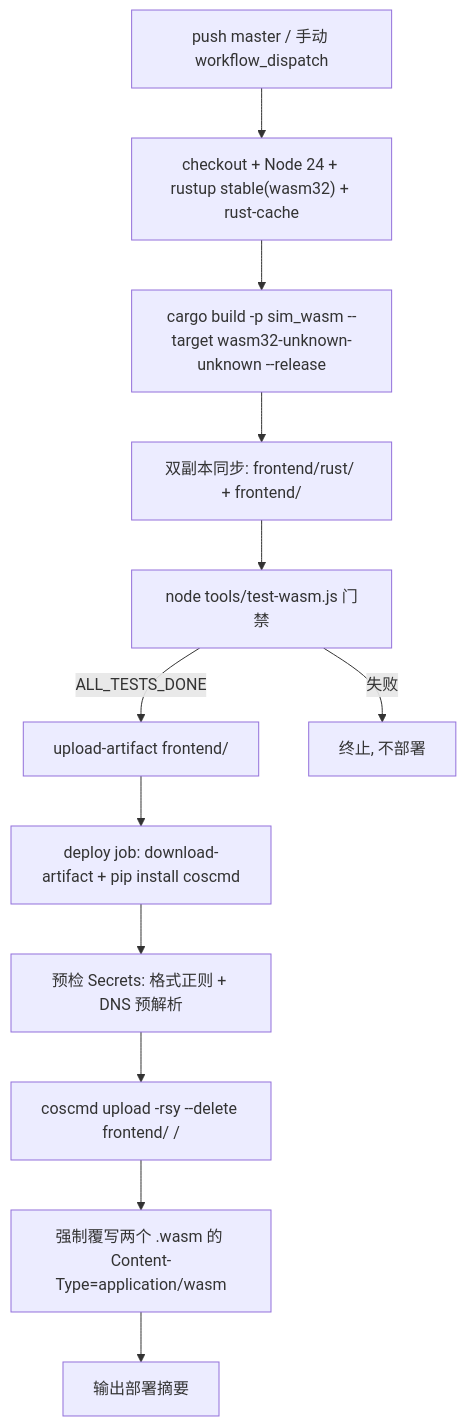
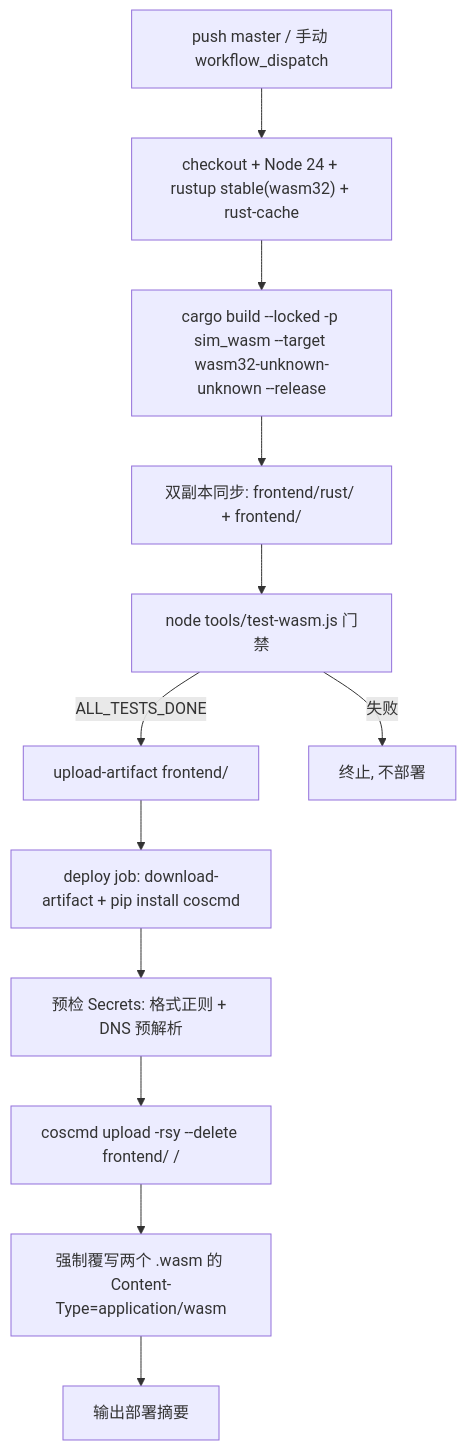
The diagram in docs/04-cicd-guide.md (g39088902/FlowAndAccord), drawn with Mermaid before and after one commit. The commit also changed other lines of this file and 92 other files, not shown here.

First line of the commit message:
feat(decisions): 马斯洛引擎收敛为 16 条活动分支并按意图/策略/原语解耦 (v1.46.12)

````diff
--- a/docs/04-cicd-guide.md
+++ b/docs/04-cicd-guide.md
@@ -11,14 +11,14 @@
 ```mermaid
 graph TD
     A["push master / 手动 workflow_dispatch"] --> B["checkout + Node 24 + rustup stable(wasm32) + rust-cache"]
-    B --> C["cargo build -p sim_wasm --target wasm32-unknown-unknown --release"]
+    B --> C["cargo build --locked -p sim_wasm --target wasm32-unknown-unknown --release"]
     C --> D["双副本同步: frontend/rust/ + frontend/"]
     D --> E["node tools/test-wasm.js 门禁"]
     E -->|ALL_TESTS_DONE| F["upload-artifact frontend/"]
     F --> G["deploy job: download-artifact + pip install coscmd"]
     G --> H["预检 Secrets: 格式正则 + DNS 预解析"]
     H --> I["coscmd upload -rsy --delete frontend/ /"]
     I --> J["强制覆写两个 .wasm 的 Content-Type=application/wasm"]
     J --> K["输出部署摘要"]
     E -->|失败| L["终止, 不部署"]
 ```
````
